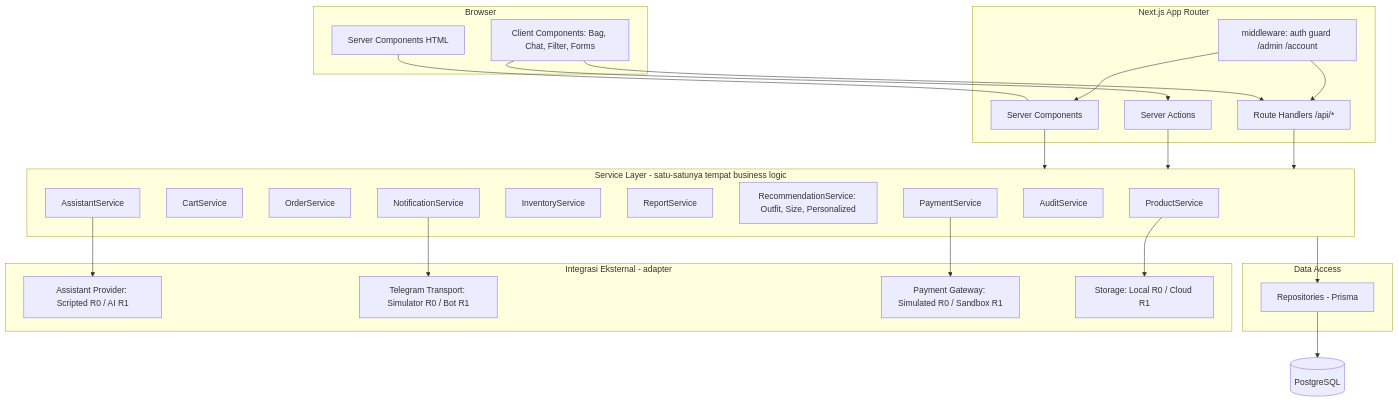
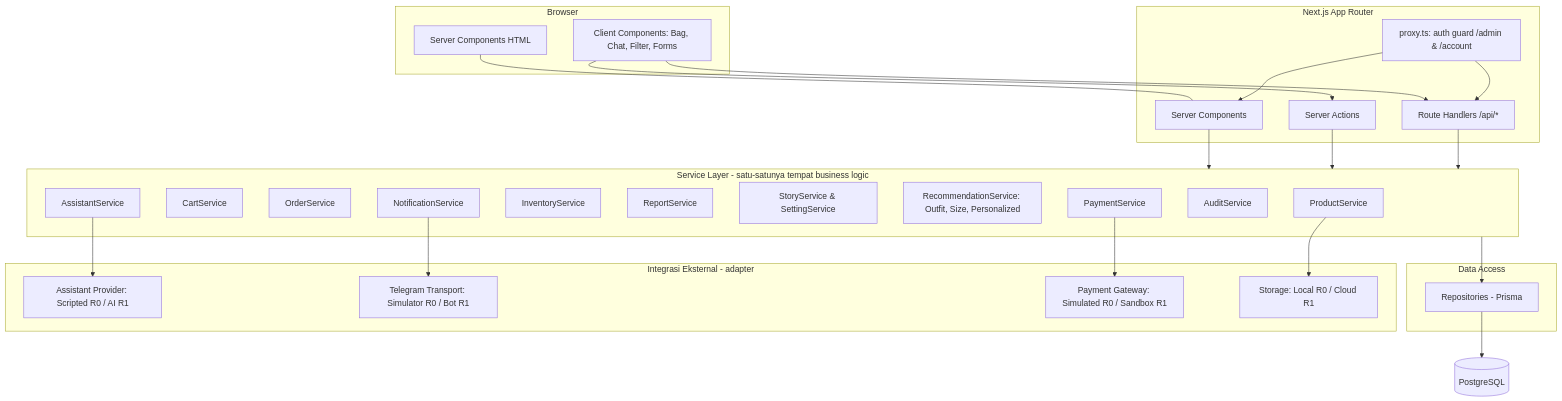
One commit to Ahmsdkiii/ZCorte changed the first of 3 diagrams in prd/08-architecture.md. Above: the diagram before and after it, drawn with Mermaid. The commit also changed other lines of this file and 59 other files, not shown here.

````diff
--- a/prd/08-architecture.md
+++ b/prd/08-architecture.md
@@ -14,49 +14,50 @@
 ```mermaid
 flowchart TB
   subgraph Client[Browser]
-    RSC_UI[Server Components HTML] 
+    RSC_UI[Server Components HTML]
     CC[Client Components: Bag, Chat, Filter, Forms]
   end
   subgraph Next[Next.js App Router]
-    MW[middleware: auth guard /admin /account]
+    MW["proxy.ts: auth guard /admin & /account"]
     SC[Server Components]
     SA[Server Actions]
     RH[Route Handlers /api/*]
   end
   subgraph Domain[Service Layer - satu-satunya tempat business logic]
     PS[ProductService]
     CS[CartService]
     OS[OrderService]
     PY[PaymentService]
     IS[InventoryService]
     RS[ReportService]
+    ST[StoryService & SettingService]
     RC[RecommendationService: Outfit, Size, Personalized]
     NS[NotificationService]
     AS[AuditService]
     ASS[AssistantService]
   end
   subgraph Data[Data Access]
     REPO[Repositories - Prisma]
   end
   subgraph Ext[Integrasi Eksternal - adapter]
     LLM[Assistant Provider: Scripted R0 / AI R1]
     TG[Telegram Transport: Simulator R0 / Bot R1]
     PAY[Payment Gateway: Simulated R0 / Sandbox R1]
     IMG[Storage: Local R0 / Cloud R1]
   end
   DB[(PostgreSQL)]
 
   CC --> SA
   CC --> RH
   RSC_UI --- SC
   MW --> SC
   MW --> RH
   SC --> Domain
   SA --> Domain
   RH --> Domain
   Domain --> REPO --> DB
   ASS --> LLM
   NS --> TG
   PY --> PAY
   PS --> IMG
 ```
````
